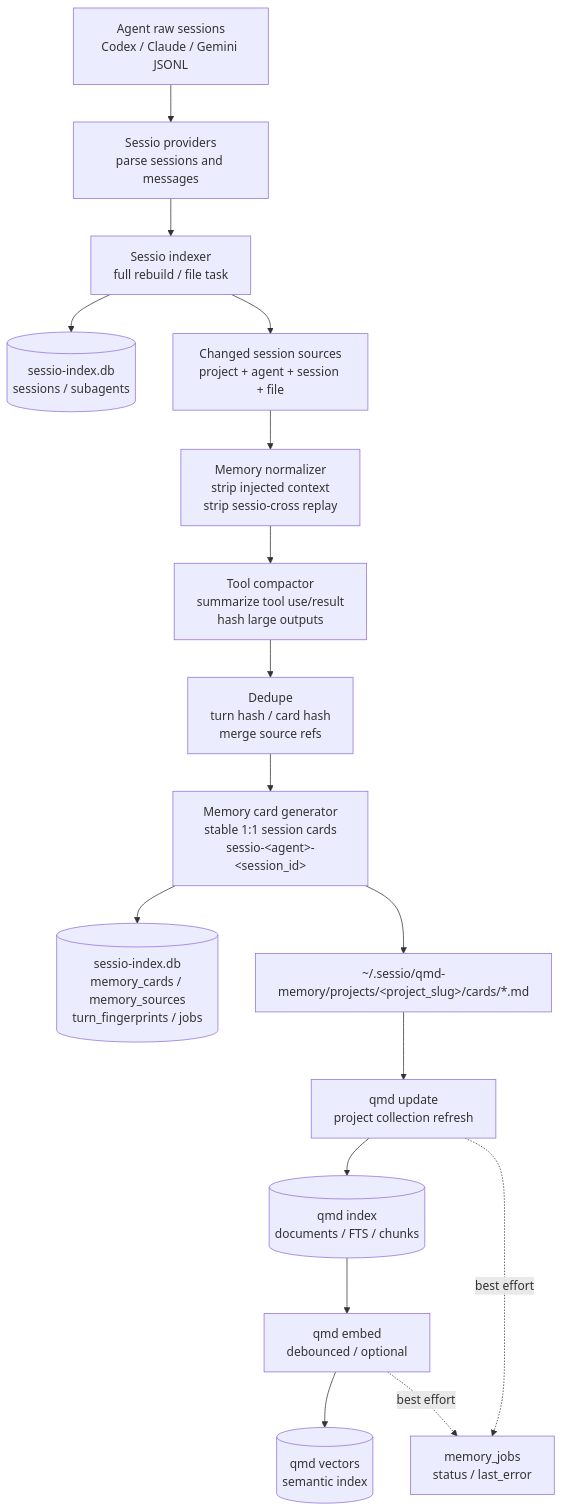
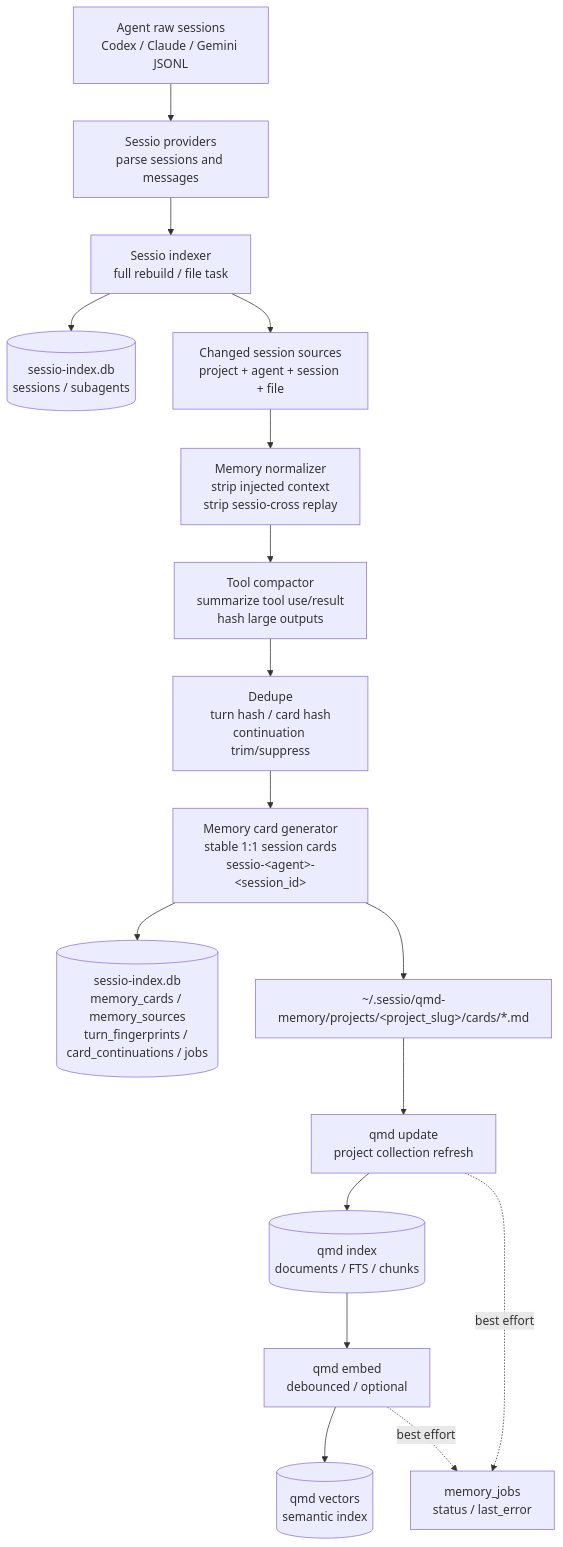
Before and after one commit to LarchLiu/sessio: the first of 3 diagrams in docs/sessio-cli-qmd-memory-plan.md, drawn with Mermaid. The commit also changed other lines of this file and 10 other files, not shown here.

First line of the commit message:
feat: add same-project continuation dedupe with structured provenance

````diff
--- a/docs/sessio-cli-qmd-memory-plan.md
+++ b/docs/sessio-cli-qmd-memory-plan.md
@@ -322,23 +330,23 @@
 ```mermaid
 flowchart TD
     Raw["Agent raw sessions<br/>Codex / Claude / Gemini JSONL"] --> Readers["Sessio providers<br/>parse sessions and messages"]
     Readers --> Indexer["Sessio indexer<br/>full rebuild / file task"]
     Indexer --> SessionDB[("sessio-index.db<br/>sessions / subagents")]
     Indexer --> Changed["Changed session sources<br/>project + agent + session + file"]
 
     Changed --> Normalizer["Memory normalizer<br/>strip injected context<br/>strip sessio-cross replay"]
     Normalizer --> ToolCompact["Tool compactor<br/>summarize tool use/result<br/>hash large outputs"]
-    ToolCompact --> Dedupe["Dedupe<br/>turn hash / card hash<br/>merge source refs"]
+    ToolCompact --> Dedupe["Dedupe<br/>turn hash / card hash<br/>continuation trim/suppress"]
     Dedupe --> Cards["Memory card generator<br/>stable 1:1 session cards<br/>sessio-&lt;agent&gt;-&lt;session_id&gt;"]
 
-    Cards --> MemoryDB[("sessio-index.db<br/>memory_cards / memory_sources<br/>turn_fingerprints / jobs")]
+    Cards --> MemoryDB[("sessio-index.db<br/>memory_cards / memory_sources<br/>turn_fingerprints / card_continuations / jobs")]
     Cards --> CardFiles["~/.sessio/qmd-memory/projects/&lt;project_slug&gt;/cards/*.md"]
 
     CardFiles --> QmdUpdate["qmd update<br/>project collection refresh"]
     QmdUpdate --> QmdIndex[("qmd index<br/>documents / FTS / chunks")]
     QmdIndex --> QmdEmbed["qmd embed<br/>debounced / optional"]
     QmdEmbed --> QmdVectors[("qmd vectors<br/>semantic index")]
 
     QmdUpdate -. best effort .-> JobState["memory_jobs<br/>status / last_error"]
     QmdEmbed -. best effort .-> JobState
 ```
````
